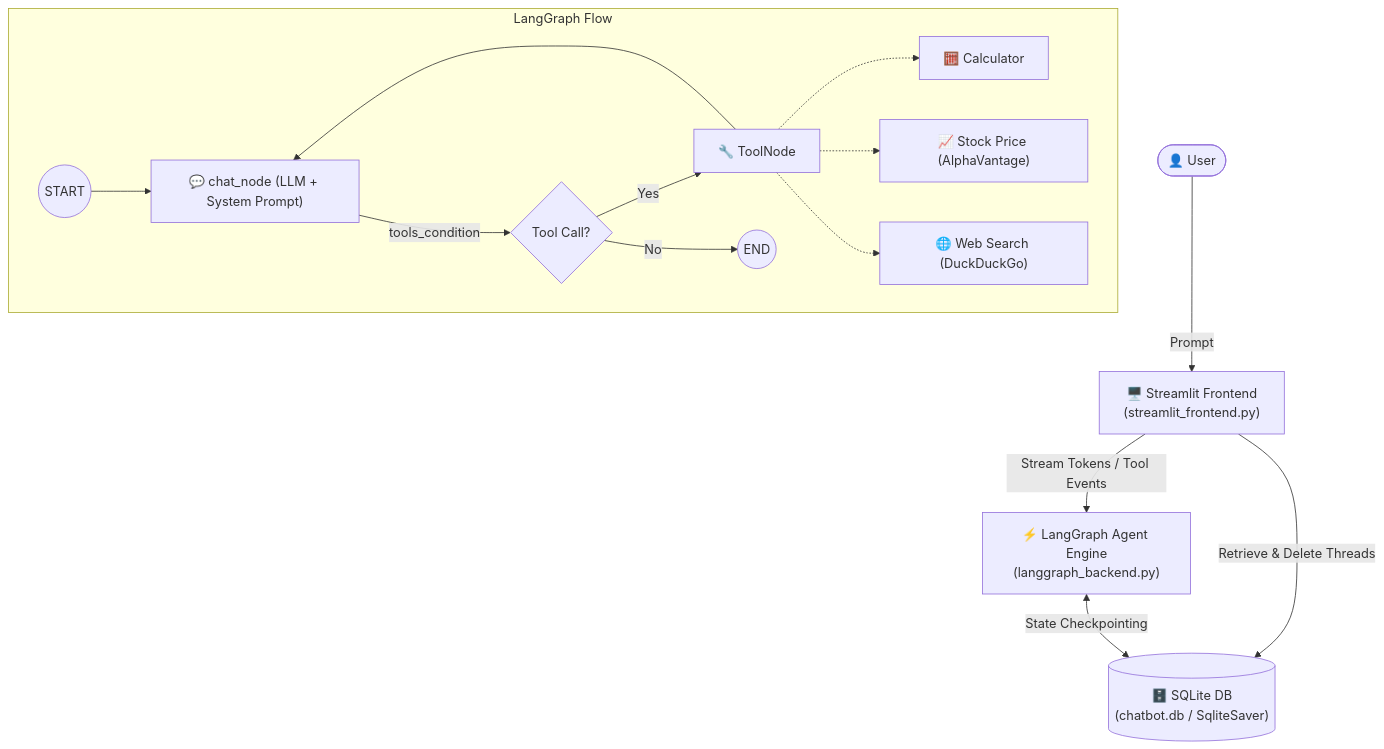
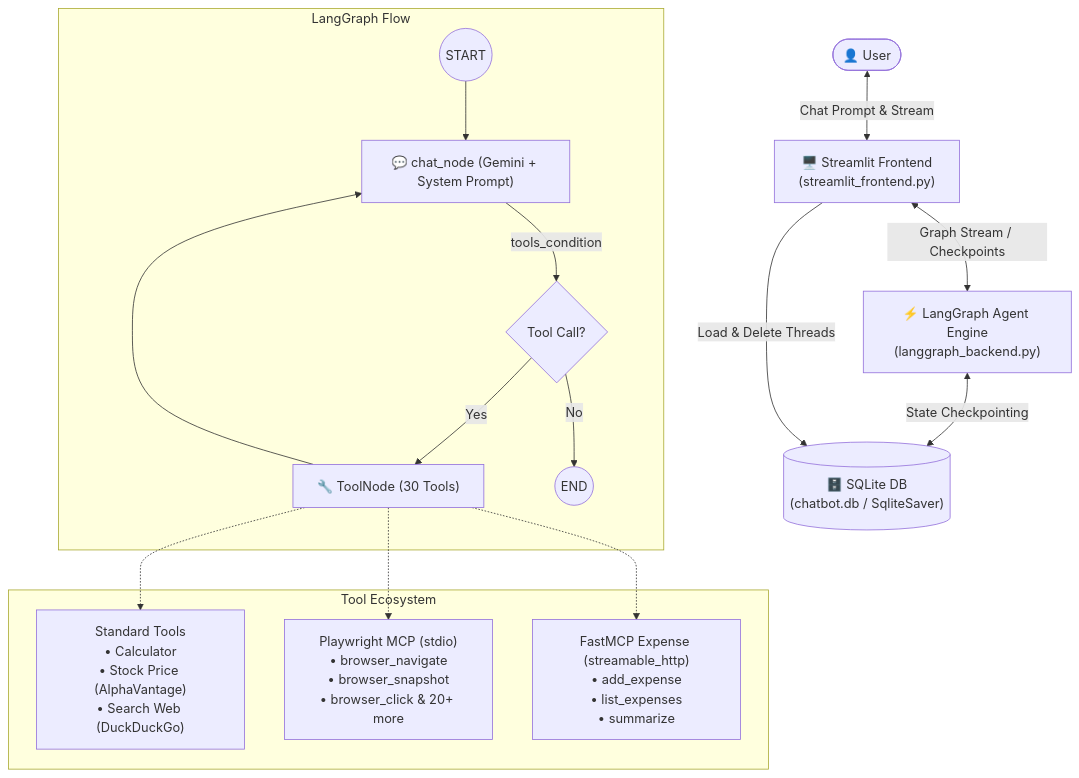
Before and after one commit to Asphane/stateful-gemini-chatbot: the diagram in README.md, drawn with Mermaid. The commit also changed other lines of this file and 5 other files, not shown here.

Commit message:
fix: resolve NotImplementedError for MCP StructuredTool, add sync bridge, and update README

````diff
--- a/README.md
+++ b/README.md
@@ -56,20 +58,22 @@
 ```mermaid
 graph TD
-    User([👤 User]) -->|Prompt| StreamlitUI["🖥️ Streamlit Frontend<br/>(streamlit_frontend.py)"]
-    StreamlitUI -->|Stream Tokens / Tool Events| LangGraph["⚡ LangGraph Agent Engine<br/>(langgraph_backend.py)"]
+    User([👤 User]) <-->|Chat Prompt & Stream| StreamlitUI["🖥️ Streamlit Frontend<br/>(streamlit_frontend.py)"]
+    StreamlitUI <-->|Graph Stream / Checkpoints| LangGraph["⚡ LangGraph Agent Engine<br/>(langgraph_backend.py)"]
     
     subgraph LangGraph Flow
-        START((START)) --> ChatNode["💬 chat_node (LLM + System Prompt)"]
+        START((START)) --> ChatNode["💬 chat_node (Gemini + System Prompt)"]
         ChatNode -->|tools_condition| Decision{Tool Call?}
-        Decision -->|Yes| ToolsNode["🔧 ToolNode"]
-        ToolsNode --> ChatNode
+        Decision -->|Yes| ToolNode["🔧 ToolNode (30 Tools)"]
+        ToolNode --> ChatNode
         Decision -->|No| END((END))
-        
-        ToolsNode -.-> T1["🧮 Calculator"]
-        ToolsNode -.-> T2["📈 Stock Price (AlphaVantage)"]
-        ToolsNode -.-> T3["🌐 Web Search (DuckDuckGo)"]
+    end
+    
+    subgraph Tool Ecosystem
+        ToolNode -.-> StandardTools["Standard Tools<br/>• Calculator<br/>• Stock Price (AlphaVantage)<br/>• Search Web (DuckDuckGo)"]
+        ToolNode -.-> PlaywrightMCP["Playwright MCP (stdio)<br/>• browser_navigate<br/>• browser_snapshot<br/>• browser_click & 20+ more"]
+        ToolNode -.-> ExpenseMCP["FastMCP Expense (streamable_http)<br/>• add_expense<br/>• list_expenses<br/>• summarize"]
     end
     
     LangGraph <-->|State Checkpointing| SQLite[("🗄️ SQLite DB<br/>(chatbot.db / SqliteSaver)")]
-    StreamlitUI -->|Retrieve & Delete Threads| SQLite
+    StreamlitUI -->|Load & Delete Threads| SQLite
 ```
````
